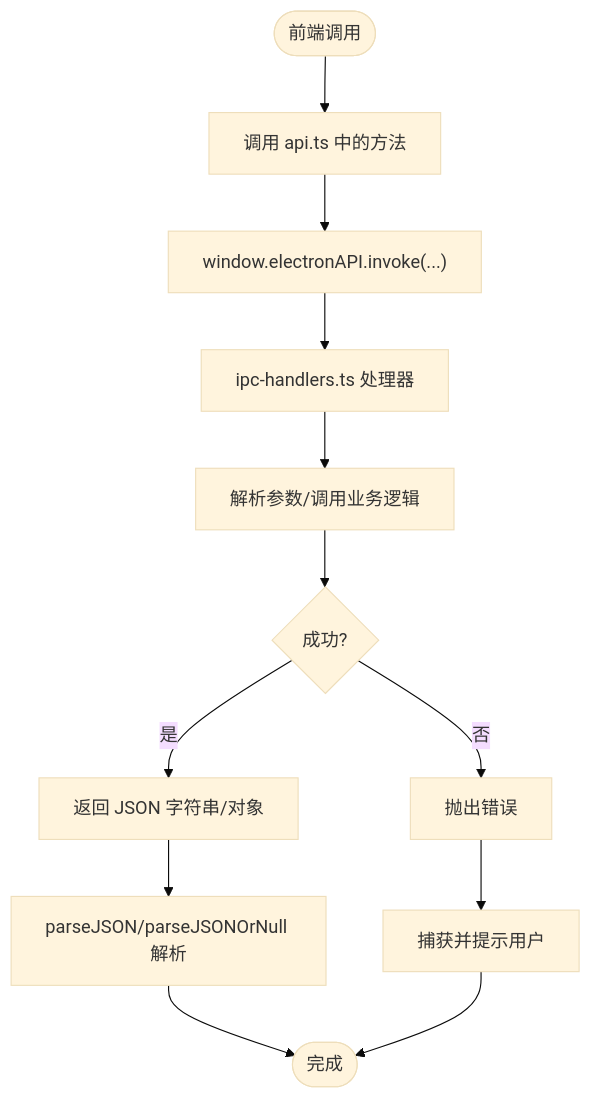
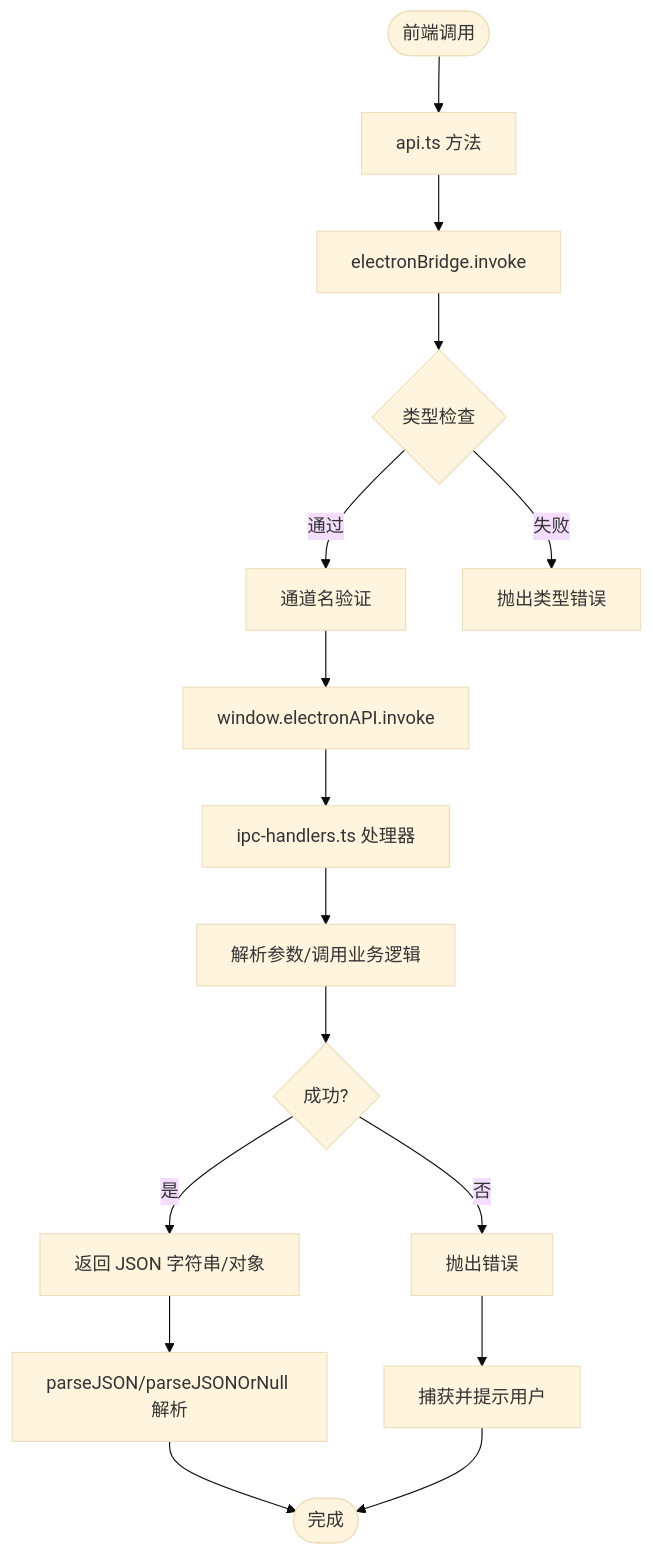
The third of 8 diagrams in .qoder/repowiki/zh/content/IPC 通信/Tauri IPC 机制.md (baike08/cosurf), drawn with Mermaid (base theme) before and after one commit. The commit also changed other lines of this file and 15 other files, not shown here.

````diff
--- a/.qoder/repowiki/zh/content/IPC 通信/Tauri IPC 机制.md
+++ b/.qoder/repowiki/zh/content/IPC 通信/Tauri IPC 机制.md
@@ -179,14 +152,18 @@
 ```mermaid
 flowchart TD
-Start(["前端调用"]) --> Call["调用 api.ts 中的方法"]
-Call --> Invoke["window.electronAPI.invoke(...)"]
+Start(["前端调用"]) --> API["api.ts 方法"]
+API --> EB["electronBridge.invoke"]
+EB --> TypeCheck{"类型检查"}
+TypeCheck --> |通过| Channel["通道名验证"]
+TypeCheck --> |失败| Error["抛出类型错误"]
+Channel --> Invoke["window.electronAPI.invoke"]
 Invoke --> Handler["ipc-handlers.ts 处理器"]
 Handler --> Parse["解析参数/调用业务逻辑"]
 Parse --> Ok{"成功?"}
 Ok --> |是| Return["返回 JSON 字符串/对象"]
 Ok --> |否| Err["抛出错误"]
 Return --> ParseBack["parseJSON/parseJSONOrNull 解析"]
 Err --> Catch["捕获并提示用户"]
 ParseBack --> End(["完成"])
 Catch --> End
 ```
````
